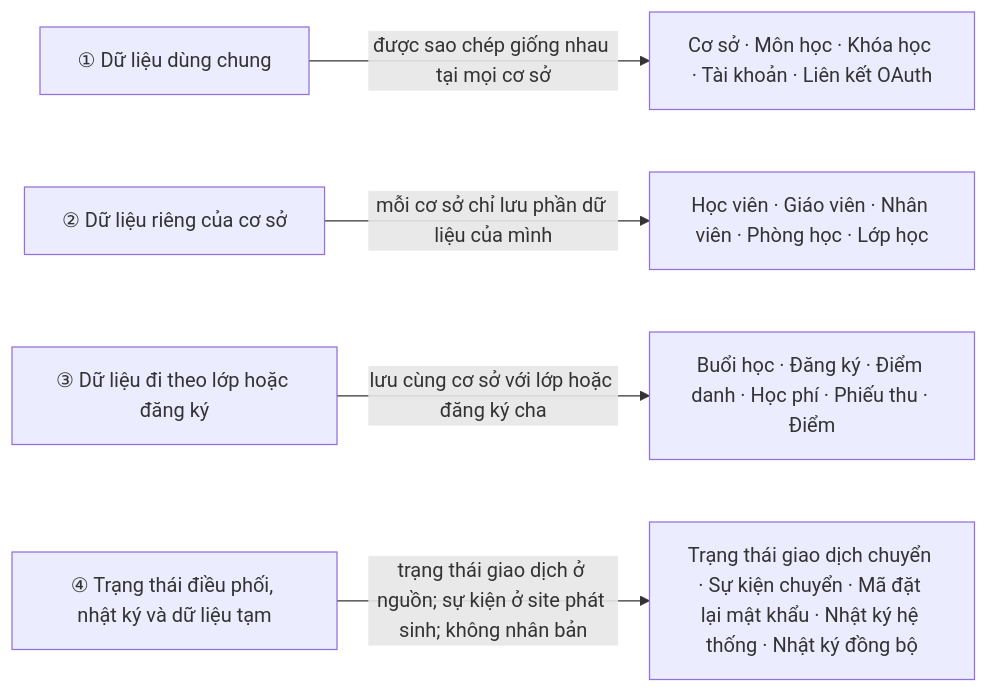
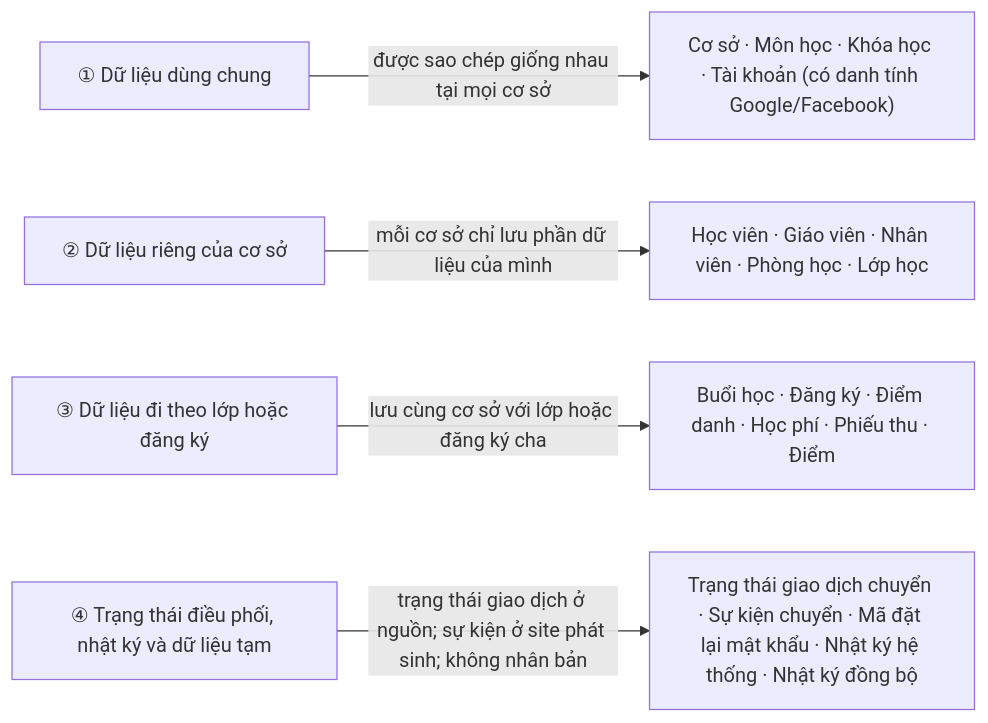
One commit to Quochieu2005/language-center-management changed the first of 2 diagrams in docs/DATABASE_SCHEMA.md. Above: the diagram before and after it, drawn with Mermaid. The commit also changed other lines of this file and 33 other files, not shown here.

````diff
--- a/docs/DATABASE_SCHEMA.md
+++ b/docs/DATABASE_SCHEMA.md
@@ -71,7 +71,7 @@
 ```mermaid
 flowchart LR
-    DungChung["① Dữ liệu dùng chung"] -->|được sao chép giống nhau tại mọi cơ sở| BangDungChung["Cơ sở · Môn học · Khóa học · Tài khoản · Liên kết OAuth"]
+    DungChung["① Dữ liệu dùng chung"] -->|được sao chép giống nhau tại mọi cơ sở| BangDungChung["Cơ sở · Môn học · Khóa học · Tài khoản (có danh tính Google/Facebook)"]
     RiengCoSo["② Dữ liệu riêng của cơ sở"] -->|mỗi cơ sở chỉ lưu phần dữ liệu của mình| BangRiengCoSo["Học viên · Giáo viên · Nhân viên · Phòng học · Lớp học"]
     DanXuat["③ Dữ liệu đi theo lớp hoặc đăng ký"] -->|lưu cùng cơ sở với lớp hoặc đăng ký cha| BangDanXuat["Buổi học · Đăng ký · Điểm danh · Học phí · Phiếu thu · Điểm"]
     NhatKyTam["④ Trạng thái điều phối, nhật ký và dữ liệu tạm"] -->|trạng thái giao dịch ở nguồn; sự kiện ở site phát sinh; không nhân bản| BangNhatKyTam["Trạng thái giao dịch chuyển · Sự kiện chuyển · Mã đặt lại mật khẩu · Nhật ký hệ thống · Nhật ký đồng bộ"]
 ```
````
